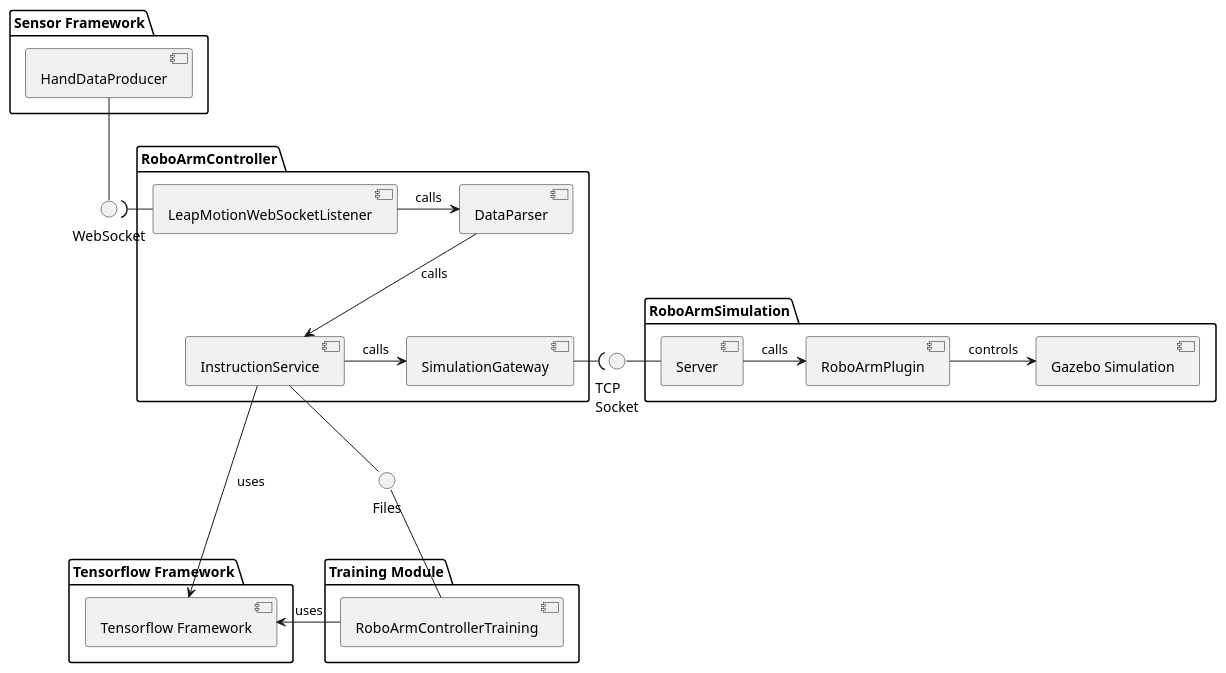
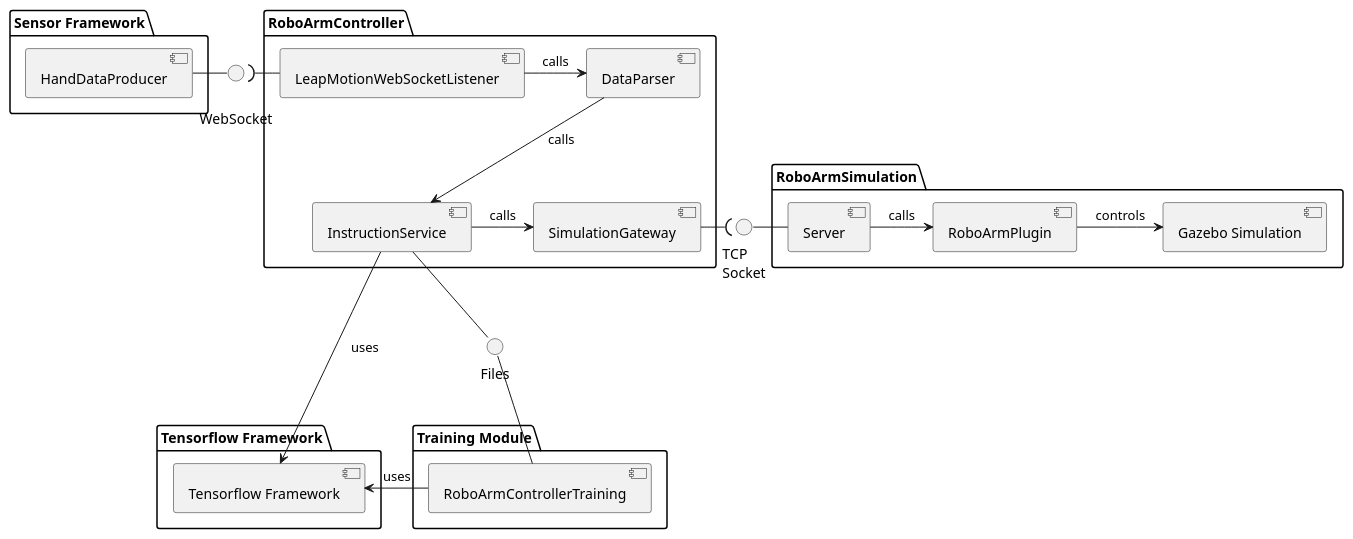
Before and after one commit to ellerenad/RoboArmController: the diagram in src/architecture/components/components.puml, drawn with PlantUML. The commit also changed 14 other files, not shown here.

Commit message:
- Improved diagrams - Added diagrams for the presentation

```diff
--- a/src/architecture/components/components.puml
+++ b/src/architecture/components/components.puml
@@ -1,54 +1,54 @@
 @startuml
 
 package "Sensor Framework" {
     component "HandDataProducer" as HandDataProducer
 }
 
-interface "WebSocket" as WebSocketServer
-HandDataProducer -- WebSocketServer
+interface "\nWebSocket" as WebSocketServer
+HandDataProducer - WebSocketServer
 
 package "RoboArmController" {
     component "LeapMotionWebSocketListener" as WebSocketClient
     component "DataParser" as DataParser
     component "InstructionService" as InstructionService
     component "SimulationGateway" as SimulationGateway
 
     WebSocketServer )- WebSocketClient
     WebSocketClient -> DataParser: calls
     DataParser --> InstructionService: calls
     InstructionService -> SimulationGateway: calls
 }
 
 interface "TCP\nSocket" as SocketServer
 SimulationGateway -( SocketServer
 
 package "Tensorflow Framework" {
     component "Tensorflow Framework" as MLFramework
     InstructionService -> MLFramework: uses
 
 }
 
 package "Training Module" {
     component "RoboArmControllerTraining" as ModelGenerator
     ModelGenerator -> MLFramework: uses
 }
 
 interface "Files" as Files
 
 Files -- ModelGenerator
 InstructionService -- Files
 
 
 package RoboArmSimulation {
     component "Server" as InstructionServer
     component "Gazebo Simulation" as Simulation
     component "RoboArmPlugin" as ControllerPlugin
 
     InstructionServer -> ControllerPlugin: calls
     ControllerPlugin -> Simulation: controls
     SocketServer - InstructionServer
 }
 
 
 
 @enduml
```
